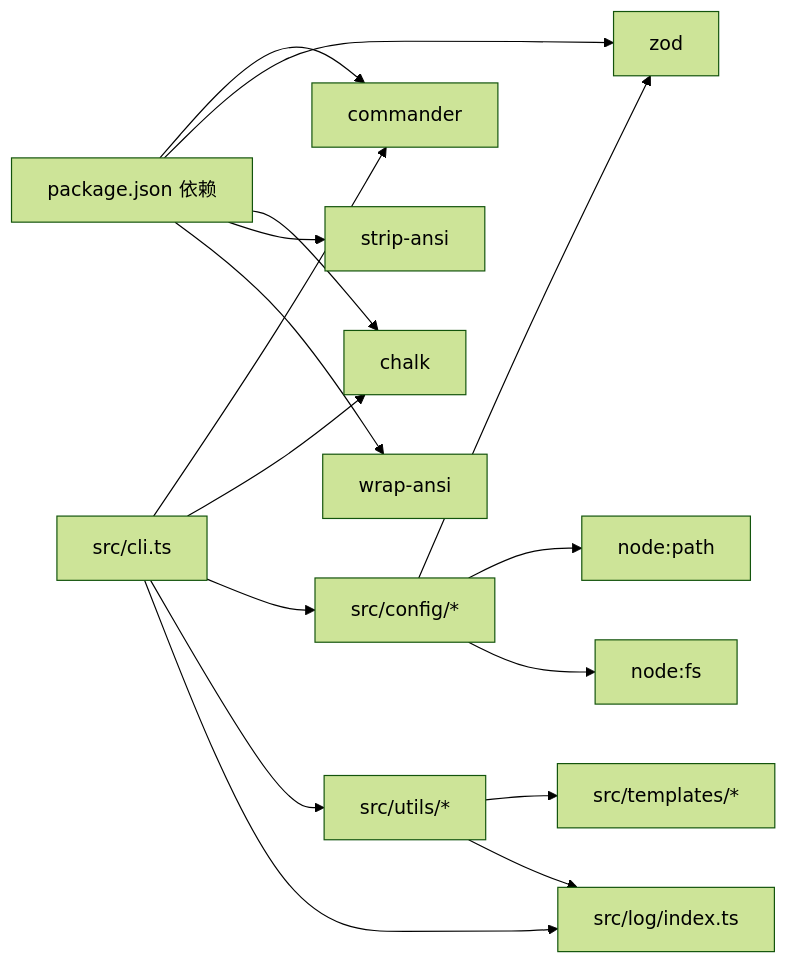
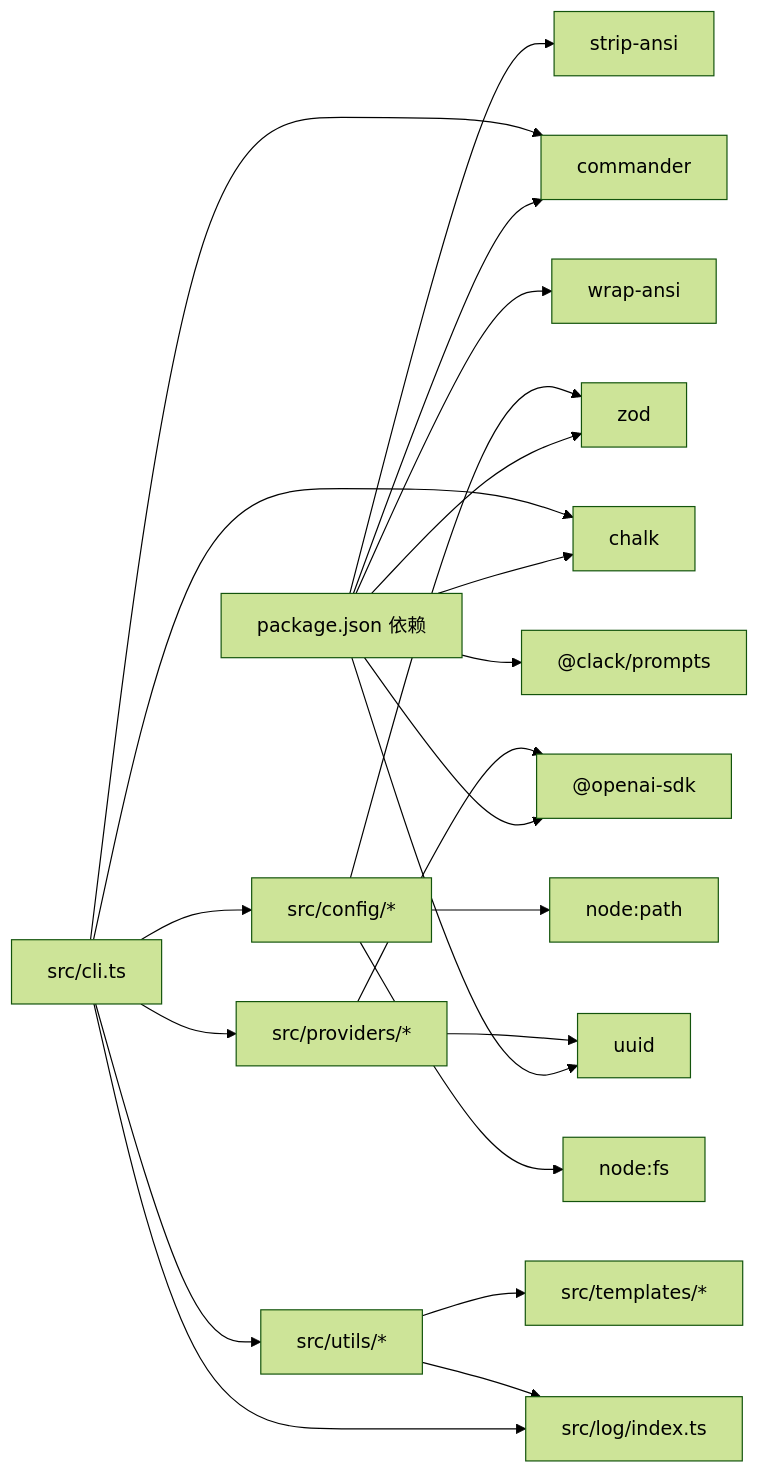
The seventh of 7 diagrams in .qoder/repowiki/zh/content/开发者指南/项目结构.md (neciszhang/batbot), drawn with Mermaid (forest theme) before and after one commit. The commit also changed other lines of this file and 10 other files, not shown here.

````diff
--- a/.qoder/repowiki/zh/content/开发者指南/项目结构.md
+++ b/.qoder/repowiki/zh/content/开发者指南/项目结构.md
@@ -295,18 +396,24 @@
 ```mermaid
 graph LR
 PJSON["package.json 依赖"] --> CMDR["commander"]
 PJSON --> ZOD["zod"]
 PJSON --> CHALK["chalk"]
 PJSON --> STRIP["strip-ansi"]
 PJSON --> WRAP["wrap-ansi"]
+PJSON --> OPENAI["@openai-sdk"]
+PJSON --> CLACK["@clack/prompts"]
+PJSON --> UUID["uuid"]
 CLI["src/cli.ts"] --> CMDR
 CLI --> CHALK
 CLI --> CFG["src/config/*"]
 CLI --> UTIL["src/utils/*"]
 CLI --> LOG["src/log/index.ts"]
+CLI --> PROV["src/providers/*"]
 UTIL --> TPL["src/templates/*"]
 UTIL --> LOG
 CFG --> ZOD
 CFG --> PATH["node:path"]
 CFG --> FS["node:fs"]
+PROV --> OPENAI
+PROV --> UUID
 ```
````
